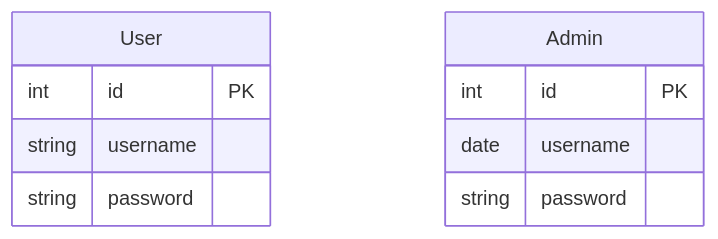
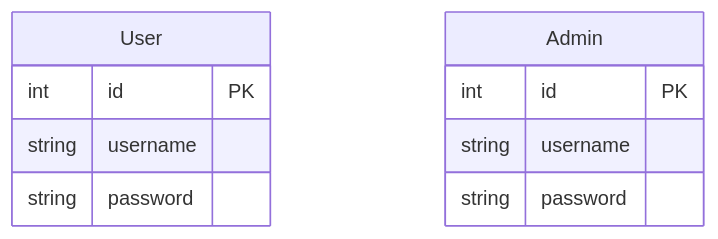
One commit to devoreni/portfolio changed the diagram in SharkTeeth.qmd. Above: the diagram before and after it, drawn with Mermaid. The commit also changed other lines of this file, not shown here.

````diff
--- a/SharkTeeth.qmd
+++ b/SharkTeeth.qmd
@@ -134,13 +134,13 @@
 ```{mermaid}
 erDiagram
     User {
         int id PK
         string username
         string password
     }
     Admin {
         int id PK
-        date username
+        string username
         string password
     }
 ```
````
